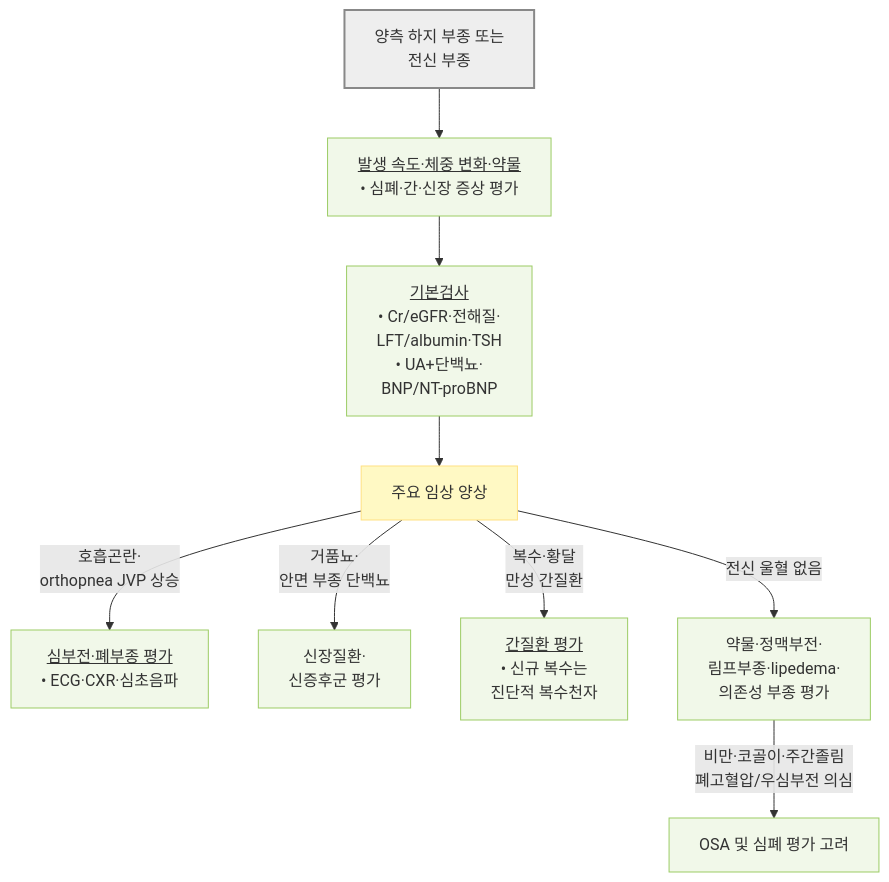
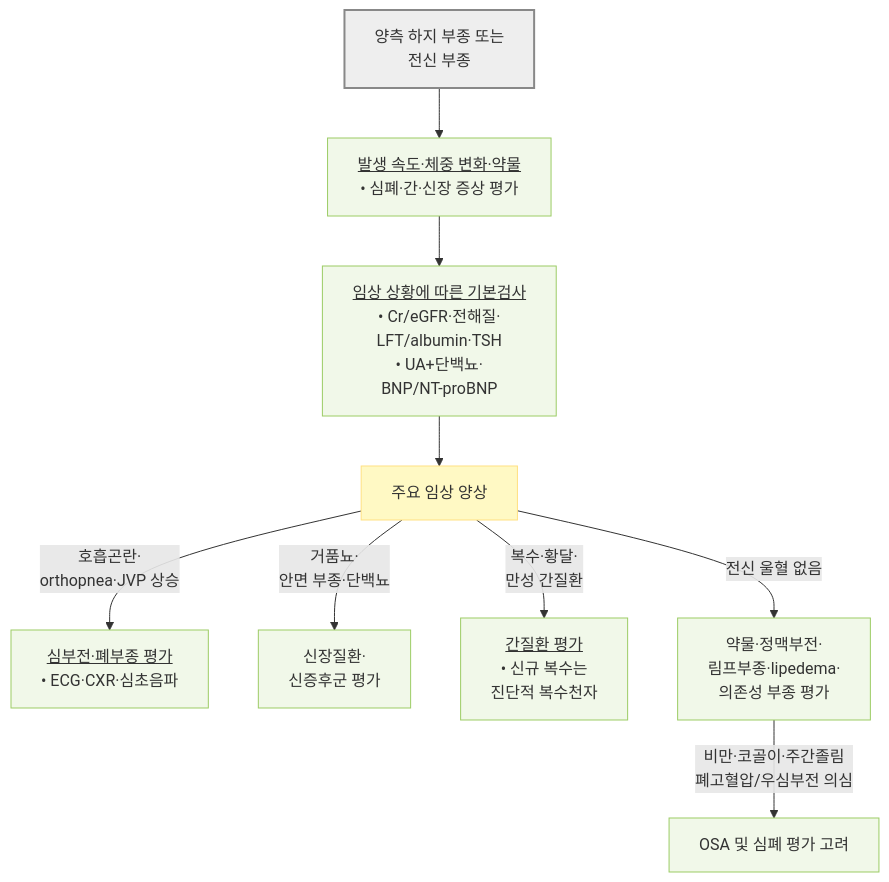
One commit to familyoh77/familyoh77 changed the third of 3 diagrams in 220_/012_-edema.md. Above: the diagram before and after it, drawn with Mermaid. The commit also changed other lines of this file, not shown here.

````diff
--- a/220_/012_-edema.md
+++ b/220_/012_-edema.md
@@ -311,18 +308,18 @@
 ```mermaid
 flowchart TD
     SG3["양측 하지 부종 또는<br/>전신 부종"]
     SG3 --> A3["<u>발생 속도·체중 변화·약물</u><br/>• 심폐·간·신장 증상 평가"]
-    A3 --> B3["<u>기본검사</u><br/>• Cr/eGFR·전해질·<br/>LFT/albumin·TSH<br/>• UA+단백뇨·<br/>BNP/NT-proBNP"]
+    A3 --> B3["<u>임상 상황에 따른 기본검사</u><br/>• Cr/eGFR·전해질·<br/>LFT/albumin·TSH<br/>• UA+단백뇨·<br/>BNP/NT-proBNP"]
     B3 --> C3["주요 임상 양상"]
-    C3 -- "호흡곤란·<br/>orthopnea JVP 상승" --> D3a["<u>심부전·폐부종 평가</u><br/>• ECG·CXR·심초음파"]
-    C3 -- "거품뇨·<br/>안면 부종 단백뇨" --> D3b["신장질환·<br/>신증후군 평가"]
-    C3 -- "복수·황달 <br/>만성 간질환" --> D3c["<u>간질환 평가</u><br/>• 신규 복수는 <br/>진단적 복수천자"]
+    C3 -- "호흡곤란·<br/>orthopnea·JVP 상승" --> D3a["<u>심부전·폐부종 평가</u><br/>• ECG·CXR·심초음파"]
+    C3 -- "거품뇨·<br/>안면 부종·단백뇨" --> D3b["신장질환·<br/>신증후군 평가"]
+    C3 -- "복수·황달·<br/>만성 간질환" --> D3c["<u>간질환 평가</u><br/>• 신규 복수는 <br/>진단적 복수천자"]
     C3 -- "전신 울혈 없음" --> D3d["약물·정맥부전·<br/>림프부종·lipedema·<br/>의존성 부종 평가"]
     D3d -- "비만·코골이·주간졸림 <br/>폐고혈압/우심부전 의심" --> E3["OSA 및 심폐 평가 고려"]
     classDef start fill:#eeeeee,stroke:#888888,stroke-width:2px
     classDef question fill:#fff9c4,stroke:#ffe082
     classDef evaluation fill:#f1f8e9,stroke:#9ccc65
     class SG3 start
     class C3 question
     class A3,B3,D3a,D3b,D3c,D3d,E3 evaluation
 ```
````
